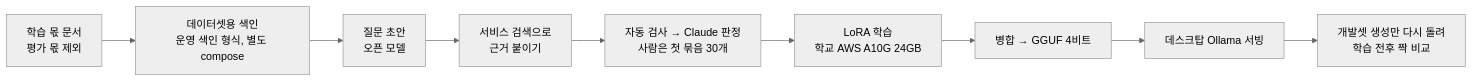
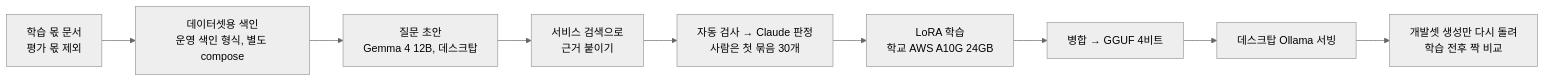
Before and after one commit to QyongGin/DocuMind: the second of 3 diagrams in docs/rag/m2/A.X-기준-계획-20261017.md, drawn with Mermaid (neutral theme). The commit also changed other lines of this file and 4 other files, not shown here.

Commit message:
docs(rag): 학습 예시 초안은 데스크탑 Gemma 4 12B로 범주별로 만든다

````diff
--- a/docs/rag/m2/A.X-기준-계획-20261017.md
+++ b/docs/rag/m2/A.X-기준-계획-20261017.md
@@ -76,11 +76,11 @@
 ```mermaid
 flowchart LR
     D[학습 몫 문서<br/>평가 몫 제외] --> I[데이터셋용 색인<br/>운영 색인 형식, 별도 compose]
-    I --> Qg[질문 초안<br/>오픈 모델]
+    I --> Qg[질문 초안<br/>Gemma 4 12B, 데스크탑]
     Qg --> E[서비스 검색으로<br/>근거 붙이기]
     E --> C[자동 검사 → Claude 판정<br/>사람은 첫 묶음 30개]
     C --> T[LoRA 학습<br/>학교 AWS A10G 24GB]
     T --> M[병합 → GGUF 4비트]
     M --> S[데스크탑 Ollama 서빙]
     S --> X[개발셋 생성만 다시 돌려<br/>학습 전후 짝 비교]
 ```
````
